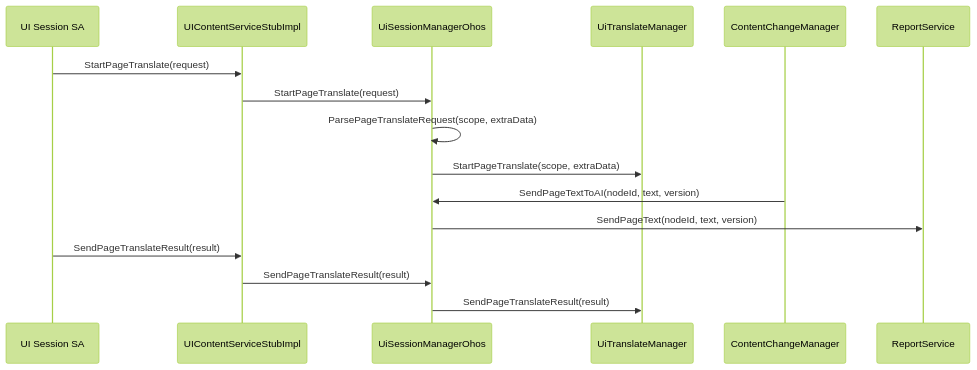
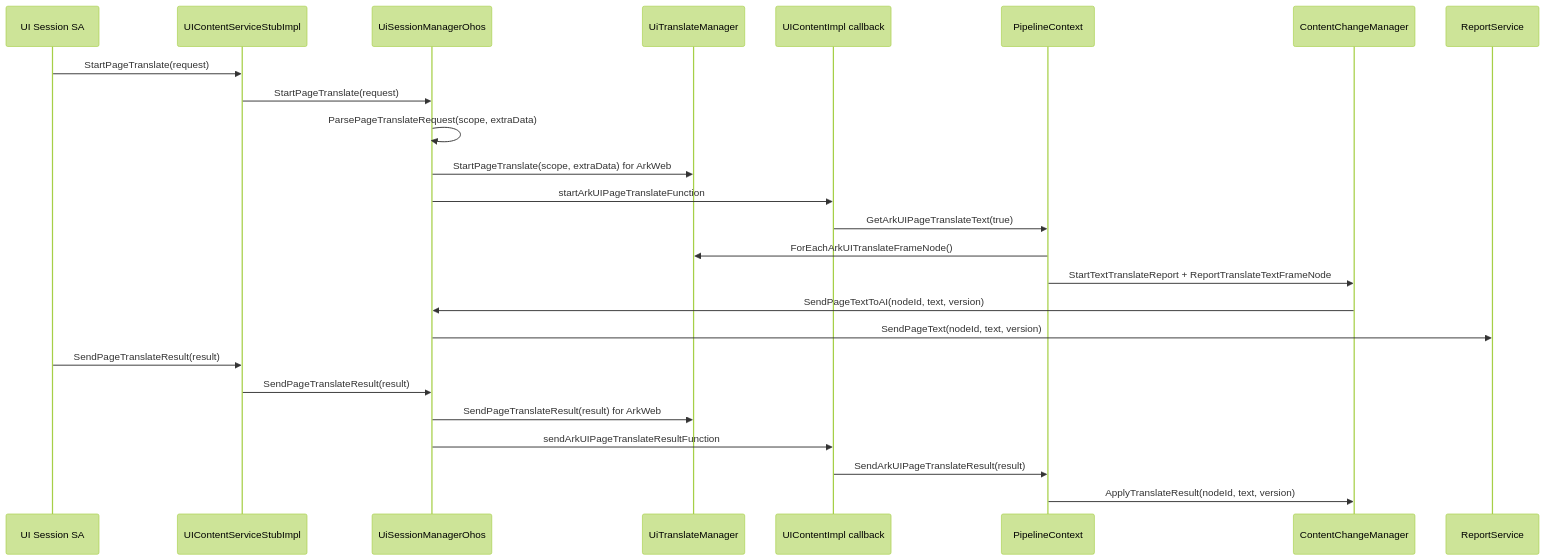
Before and after one commit to openharmony/arkui_ace_engine: the sixth of 9 diagrams in docs/architecture/UISession_Knowledge_Base_CN.md, drawn with Mermaid (forest theme). The commit also changed other lines of this file and 23 other files, not shown here.

First line of the commit message:
feat(arkui): add UI session page translate framework manager

````diff
--- a/docs/architecture/UISession_Knowledge_Base_CN.md
+++ b/docs/architecture/UISession_Knowledge_Base_CN.md
@@ -169,19 +169,28 @@
 ```mermaid
 sequenceDiagram
     participant SA as UI Session SA
     participant StubImpl as UIContentServiceStubImpl
     participant Manager as UiSessionManagerOhos
     participant Translate as UiTranslateManager
+    participant UIContent as UIContentImpl callback
+    participant Pipeline as PipelineContext
     participant Content as ContentChangeManager
     participant Report as ReportService
 
     SA->>StubImpl: StartPageTranslate(request)
     StubImpl->>Manager: StartPageTranslate(request)
     Manager->>Manager: ParsePageTranslateRequest(scope, extraData)
-    Manager->>Translate: StartPageTranslate(scope, extraData)
+    Manager->>Translate: StartPageTranslate(scope, extraData) for ArkWeb
+    Manager->>UIContent: startArkUIPageTranslateFunction
+    UIContent->>Pipeline: GetArkUIPageTranslateText(true)
+    Pipeline->>Translate: ForEachArkUITranslateFrameNode()
+    Pipeline->>Content: StartTextTranslateReport + ReportTranslateTextFrameNode
     Content->>Manager: SendPageTextToAI(nodeId, text, version)
     Manager->>Report: SendPageText(nodeId, text, version)
     SA->>StubImpl: SendPageTranslateResult(result)
     StubImpl->>Manager: SendPageTranslateResult(result)
-    Manager->>Translate: SendPageTranslateResult(result)
+    Manager->>Translate: SendPageTranslateResult(result) for ArkWeb
+    Manager->>UIContent: sendArkUIPageTranslateResultFunction
+    UIContent->>Pipeline: SendArkUIPageTranslateResult(result)
+    Pipeline->>Content: ApplyTranslateResult(nodeId, text, version)
 ```
````
